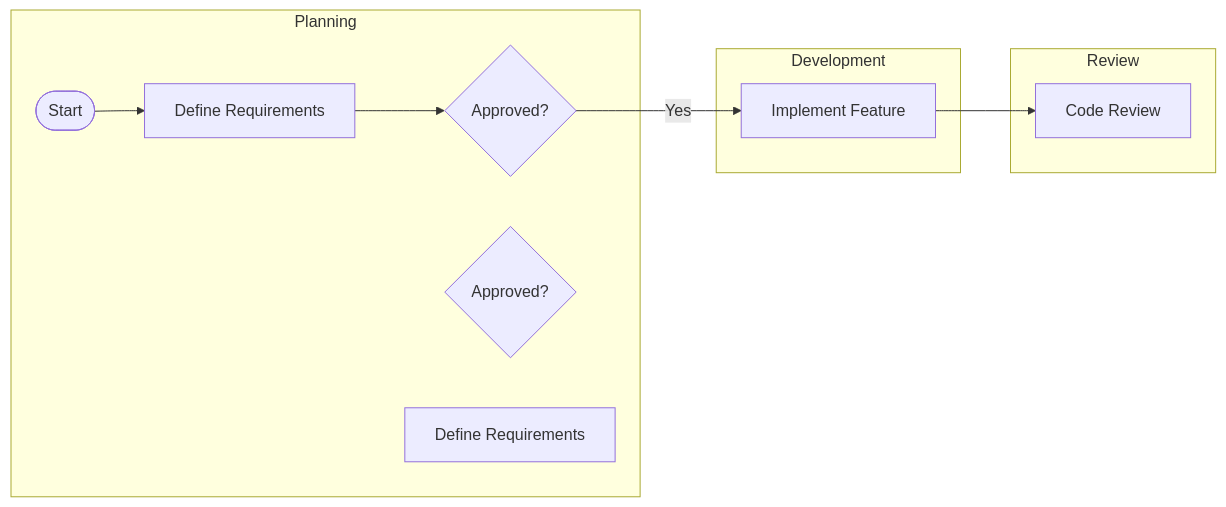
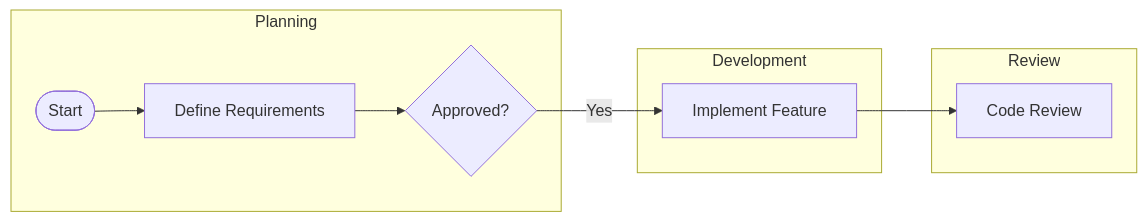
The diagram in mmd/12_c34ecea0-ec0a-4533-a132-f3f4c3238980.mmd (pingpm/mermaid_vault), drawn with Mermaid before and after one commit. The commit also changed 3 other files, not shown here.

Commit message:
Sync Mermaid Studio data (27 diagrams)

```diff
--- a/mmd/12_c34ecea0-ec0a-4533-a132-f3f4c3238980.mmd
+++ b/mmd/12_c34ecea0-ec0a-4533-a132-f3f4c3238980.mmd
@@ -1,18 +1,16 @@
 flowchart LR
   subgraph lane_0["Planning"]
     t_0{"Approved?"}
     t_1(["Start"])
     t_2["Define Requirements"]
-    t_3{"Approved?"}
-    t_4["Define Requirements"]
   end
   subgraph lane_1["Development"]
-    t_5["Implement Feature"]
+    t_3["Implement Feature"]
   end
   subgraph lane_2["Review"]
-    t_6["Code Review"]
+    t_4["Code Review"]
   end
   t_1 --> t_2
   t_2 --> t_0
-  t_0 -->|"Yes"| t_5
-  t_5 --> t_6
+  t_0 -->|"Yes"| t_3
+  t_3 --> t_4
```
